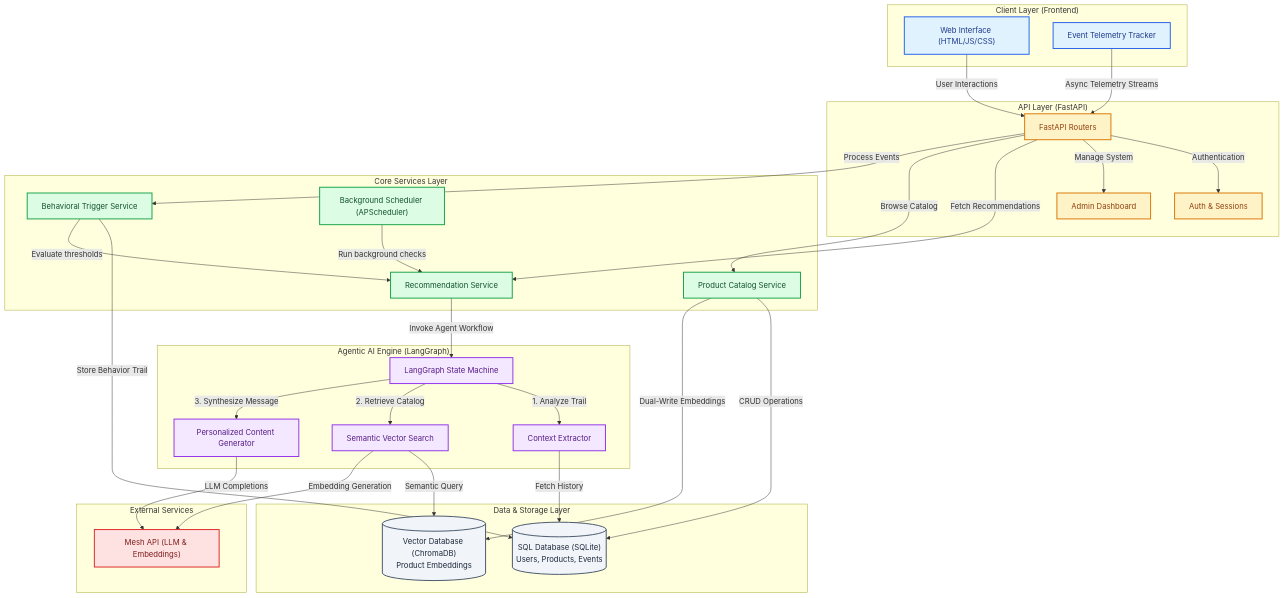
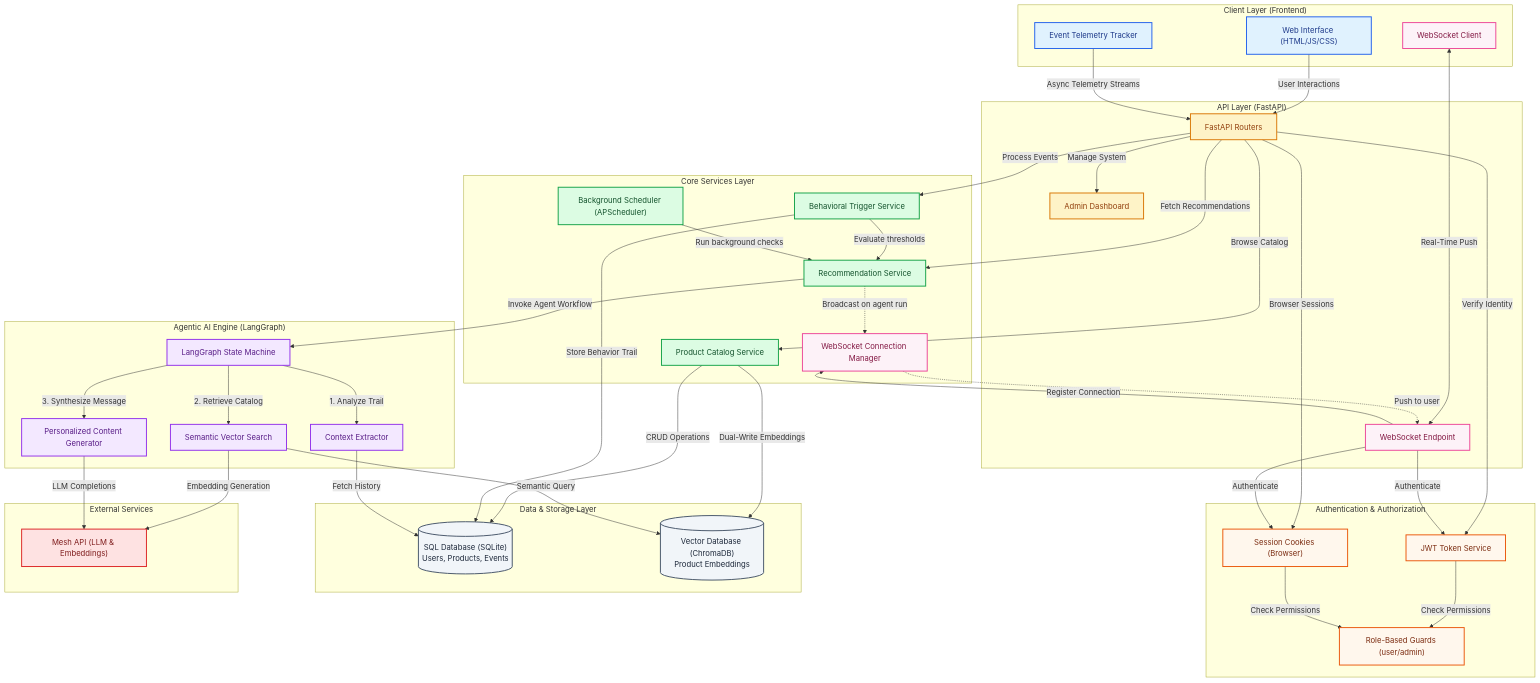
One commit to RagavRida/smartreco changed the diagram in README.md. Above: the diagram before and after it, drawn with Mermaid.

Commit message:
docs: Update architecture diagram with JWT auth and WebSocket layers

````diff
--- a/README.md
+++ b/README.md
@@ -70,16 +70,25 @@
     classDef ai fill:#f3e8ff,stroke:#9333ea,stroke-width:2px,color:#581c87
     classDef db fill:#f1f5f9,stroke:#475569,stroke-width:2px,color:#1e293b
     classDef external fill:#fee2e2,stroke:#dc2626,stroke-width:2px,color:#7f1d1d
+    classDef realtime fill:#fdf2f8,stroke:#ec4899,stroke-width:2px,color:#831843
+    classDef auth fill:#fff7ed,stroke:#ea580c,stroke-width:2px,color:#7c2d12
     
     subgraph ClientLayer ["Client Layer (Frontend)"]
         UI["Web Interface (HTML/JS/CSS)"]:::client
         EventTracker["Event Telemetry Tracker"]:::client
+        WSClient["WebSocket Client"]:::realtime
     end
 
     subgraph APILayer ["API Layer (FastAPI)"]
         Router["FastAPI Routers"]:::api
-        Auth["Auth & Sessions"]:::api
         Admin["Admin Dashboard"]:::api
+        WSEndpoint["WebSocket Endpoint"]:::realtime
+    end
+
+    subgraph AuthLayer ["Authentication & Authorization"]
+        JWTAuth["JWT Token Service"]:::auth
+        CookieAuth["Session Cookies (Browser)"]:::auth
+        RoleGuard["Role-Based Guards (user/admin)"]:::auth
     end
 
     subgraph CoreServices ["Core Services Layer"]
@@ -87,6 +96,7 @@
         ProductService["Product Catalog Service"]:::core
         TriggerService["Behavioral Trigger Service"]:::core
         Scheduler["Background Scheduler (APScheduler)"]:::core
+        WSManager["WebSocket Connection Manager"]:::realtime
     end
 
     subgraph AIEngine ["Agentic AI Engine (LangGraph)"]
@@ -108,13 +118,22 @@
     %% Client to API
     UI -- "User Interactions" --> Router
     EventTracker -- "Async Telemetry Streams" --> Router
-    Router -- "Authentication" --> Auth
-    Router -- "Manage System" --> Admin
+    WSClient <-- "Real-Time Push" --> WSEndpoint
+
+    %% Auth flows
+    Router -- "Verify Identity" --> JWTAuth
+    Router -- "Browser Sessions" --> CookieAuth
+    JWTAuth -- "Check Permissions" --> RoleGuard
+    CookieAuth -- "Check Permissions" --> RoleGuard
+    WSEndpoint -- "Authenticate" --> CookieAuth
+    WSEndpoint -- "Authenticate" --> JWTAuth
 
     %% API to Services
+    Router -- "Manage System" --> Admin
     Router -- "Fetch Recommendations" --> RecoService
     Router -- "Browse Catalog" --> ProductService
     Router -- "Process Events" --> TriggerService
+    WSEndpoint -- "Register Connection" --> WSManager
 
     %% Services to Data
     ProductService -- "CRUD Operations" --> SQLDB
@@ -133,4 +152,8 @@
     VectorSearch -- "Semantic Query" --> VectorDB
     VectorSearch -- "Embedding Generation" --> MeshAPI
     Generator -- "LLM Completions" --> MeshAPI
+
+    %% Real-time push flow
+    RecoService -. "Broadcast on agent run" .-> WSManager
+    WSManager -. "Push to user" .-> WSEndpoint
 ```
````
